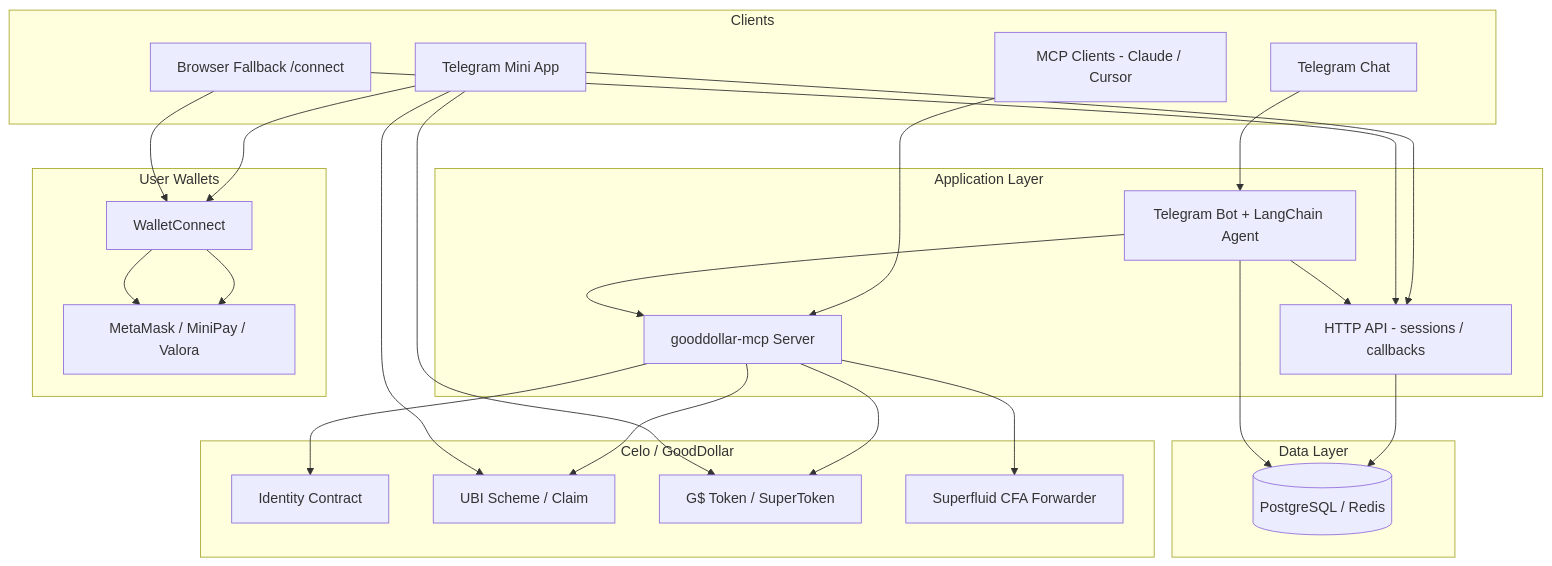
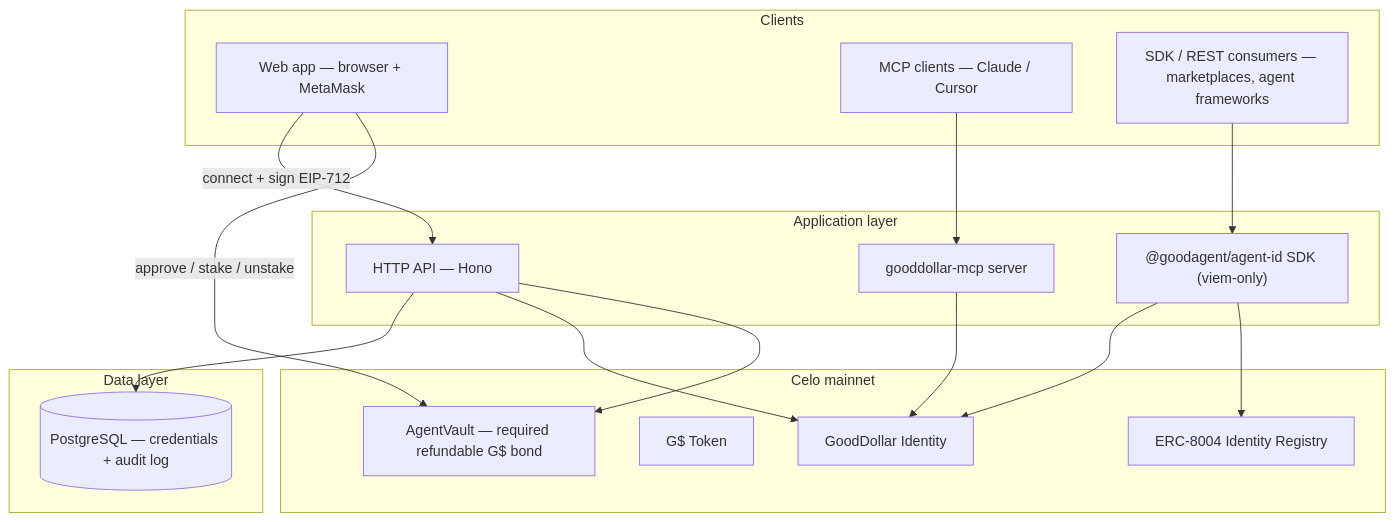
One commit to sam-thetutor/gooddollar-agent-id changed the first of 4 diagrams in docs/02-architecture.md. Above: the diagram before and after it, drawn with Mermaid. The commit also changed other lines of this file and 97 other files, not shown here.

First line of the commit message:
feat: GoodDollar Agent ID — deployed ERC-8004 IHumanProofProvider, required G$ bond, repo hygiene

````diff
--- a/docs/02-architecture.md
+++ b/docs/02-architecture.md
@@ -7,48 +11,36 @@
 ```mermaid
 flowchart TB
     subgraph clients [Clients]
-        TG[Telegram Chat]
-        MA[Telegram Mini App]
-        BR[Browser Fallback /connect]
-        EXT[MCP Clients - Claude / Cursor]
+        WEB[Web app — browser + MetaMask]
+        EXT[MCP clients — Claude / Cursor]
+        SDKC[SDK / REST consumers — marketplaces, agent frameworks]
     end
 
-    subgraph app [Application Layer]
-        BOT[Telegram Bot + LangChain Agent]
-        API[HTTP API - sessions / callbacks]
-        MCP[gooddollar-mcp Server]
+    subgraph app [Application layer]
+        API[HTTP API — Hono]
+        MCP[gooddollar-mcp server]
+        SDK["@goodagent/agent-id SDK (viem-only)"]
     end
 
-    subgraph data [Data Layer]
-        DB[(PostgreSQL / Redis)]
+    subgraph data [Data layer]
+        DB[(PostgreSQL — credentials + audit log)]
     end
 
-    subgraph chain [Celo / GoodDollar]
-        ID[Identity Contract]
-        UB[UBI Scheme / Claim]
-        G$[G$ Token / SuperToken]
-        SF[Superfluid CFA Forwarder]
+    subgraph chain [Celo mainnet]
+        ID[GoodDollar Identity]
+        G$[G$ Token]
+        VAULT[AgentVault — required refundable G$ bond]
+        ERC[ERC-8004 Identity Registry]
     end
 
-    subgraph wallets [User Wallets]
-        WC[WalletConnect]
-        MM[MetaMask / MiniPay / Valora]
-    end
-
-    TG --> BOT
-    MA --> API
-    BR --> API
+    WEB -->|connect + sign EIP-712| API
+    WEB -->|approve / stake / unstake| VAULT
     EXT --> MCP
-    BOT --> MCP
-    BOT --> API
+    SDKC --> SDK
+    API --> DB
+    API --> ID
+    API --> VAULT
     MCP --> ID
-    MCP --> UB
-    MCP --> G$
-    MCP --> SF
-    API --> DB
-    BOT --> DB
-    MA --> WC --> MM
-    BR --> WC --> MM
-    MA --> G$
-    MA --> UB
+    SDK --> ID
+    SDK --> ERC
 ```
````
